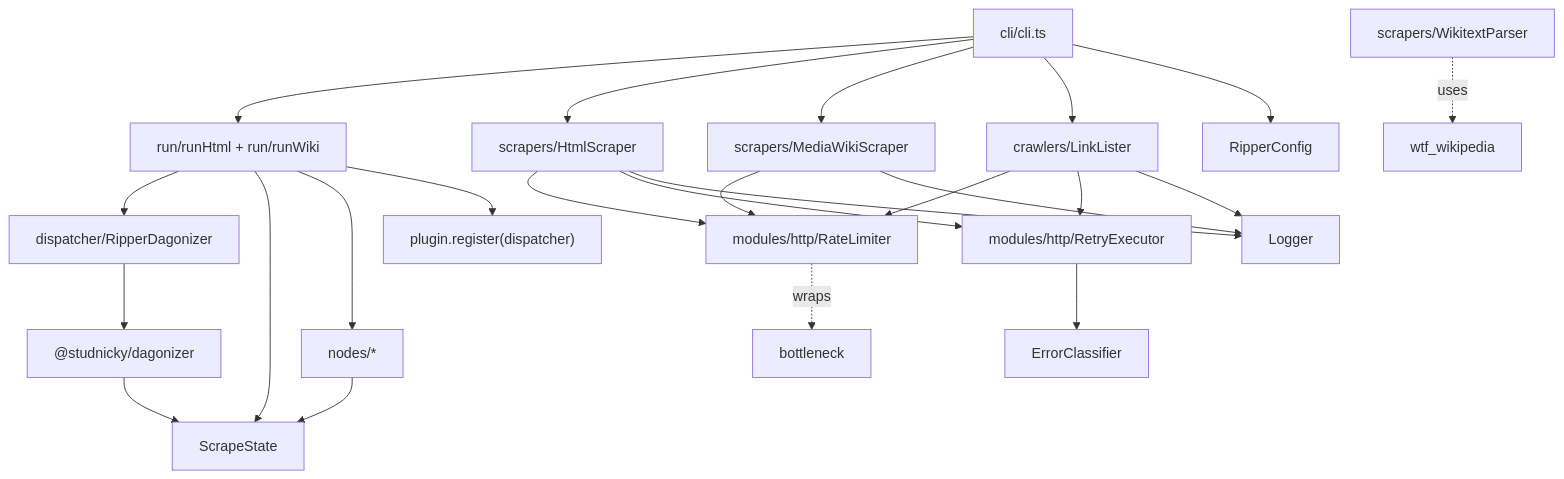
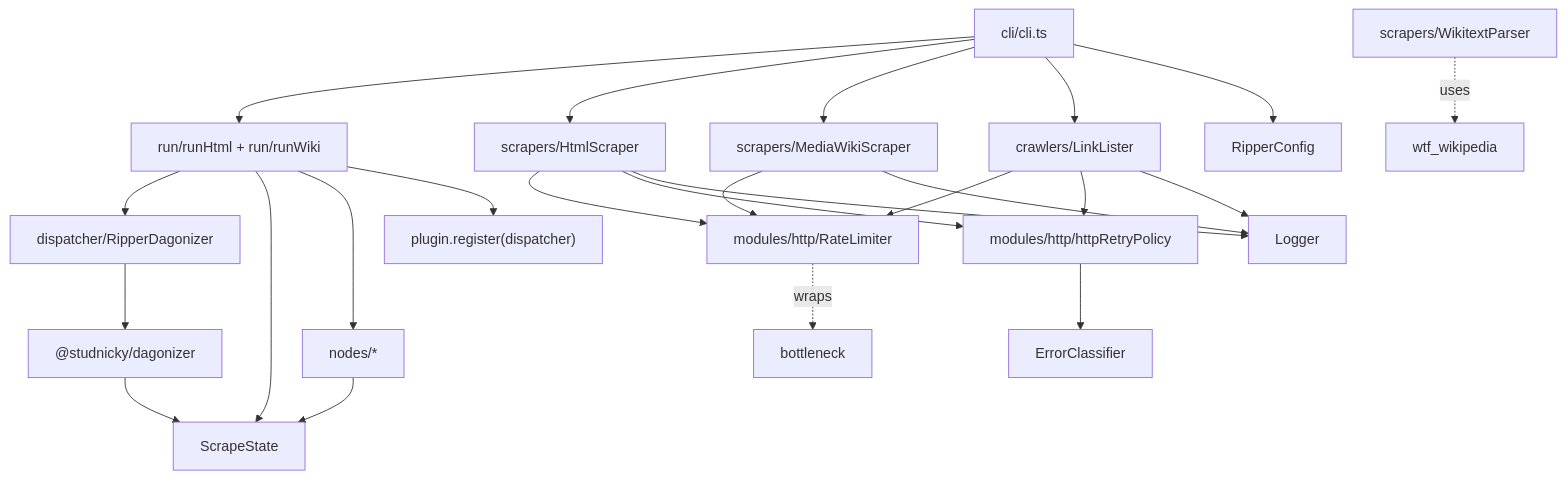
Before and after one commit to Studnicky/PathRipper: the first of 19 diagrams in docs/architecture.md, drawn with Mermaid. The commit also changed other lines of this file and 52 other files, not shown here.

````diff
--- a/docs/architecture.md
+++ b/docs/architecture.md
@@ -7,33 +11,33 @@
 ```mermaid
 graph TD
     CLI[cli/cli.ts] --> RipperRun
     CLI --> HtmlScraper
     CLI --> MediaWikiScraper
     CLI --> LinkLister
     CLI --> RipperConfig
 
     RipperRun[run/runHtml + run/runWiki] --> RipperDagonizer
     RipperRun --> ScrapeState
     RipperRun --> BuiltinNodes
     RipperRun --> PluginRegister["plugin.register(dispatcher)"]
 
     RipperDagonizer[dispatcher/RipperDagonizer] --> Dagonizer
     Dagonizer["@studnicky/dagonizer"] --> ScrapeState
 
     BuiltinNodes[nodes/*] --> ScrapeState
 
     HtmlScraper[scrapers/HtmlScraper] --> RateLimiter
-    HtmlScraper --> RetryExecutor
+    HtmlScraper --> HttpRetryPolicy
     HtmlScraper --> Logger
 
     MediaWikiScraper[scrapers/MediaWikiScraper] --> RateLimiter
     MediaWikiScraper --> Logger
     WikitextParser[scrapers/WikitextParser] -.uses.-> wtf_wikipedia
 
     LinkLister[crawlers/LinkLister] --> RateLimiter
-    LinkLister --> RetryExecutor
+    LinkLister --> HttpRetryPolicy
     LinkLister --> Logger
 
-    RetryExecutor[modules/http/RetryExecutor] --> ErrorClassifier
+    HttpRetryPolicy[modules/http/httpRetryPolicy] --> ErrorClassifier
     RateLimiter[modules/http/RateLimiter] -.wraps.-> bottleneck
 ```
````
